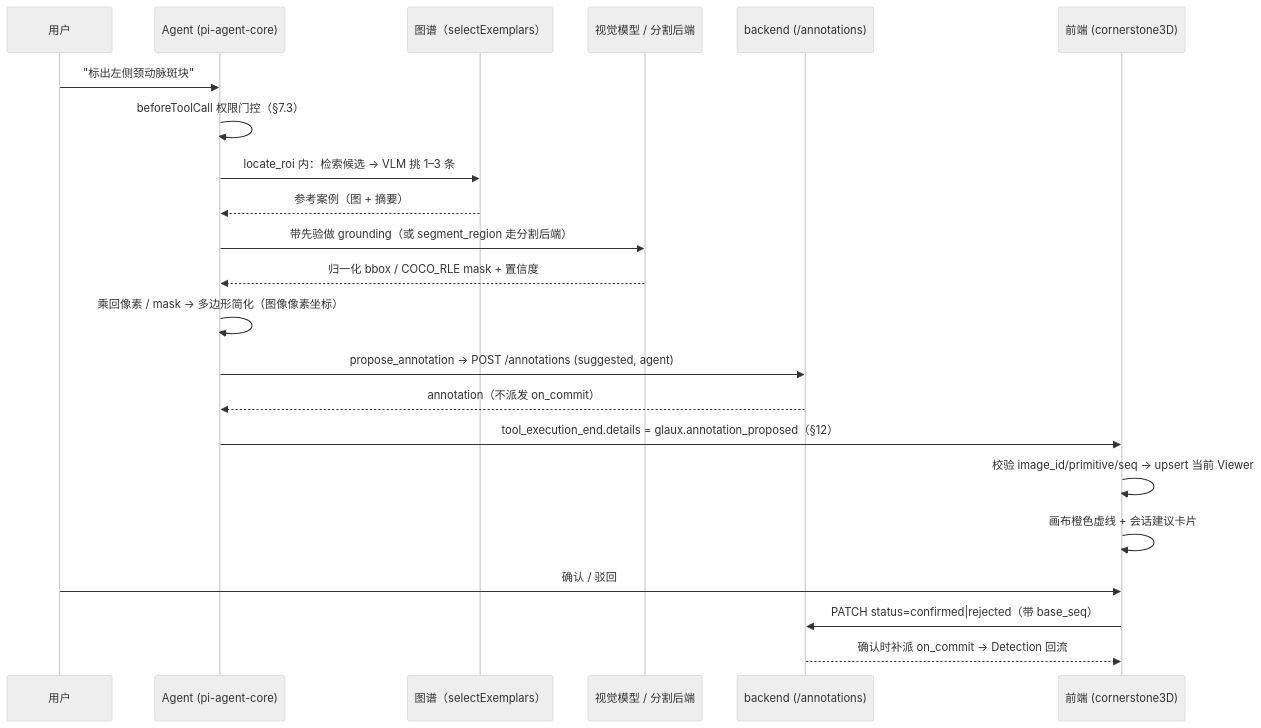
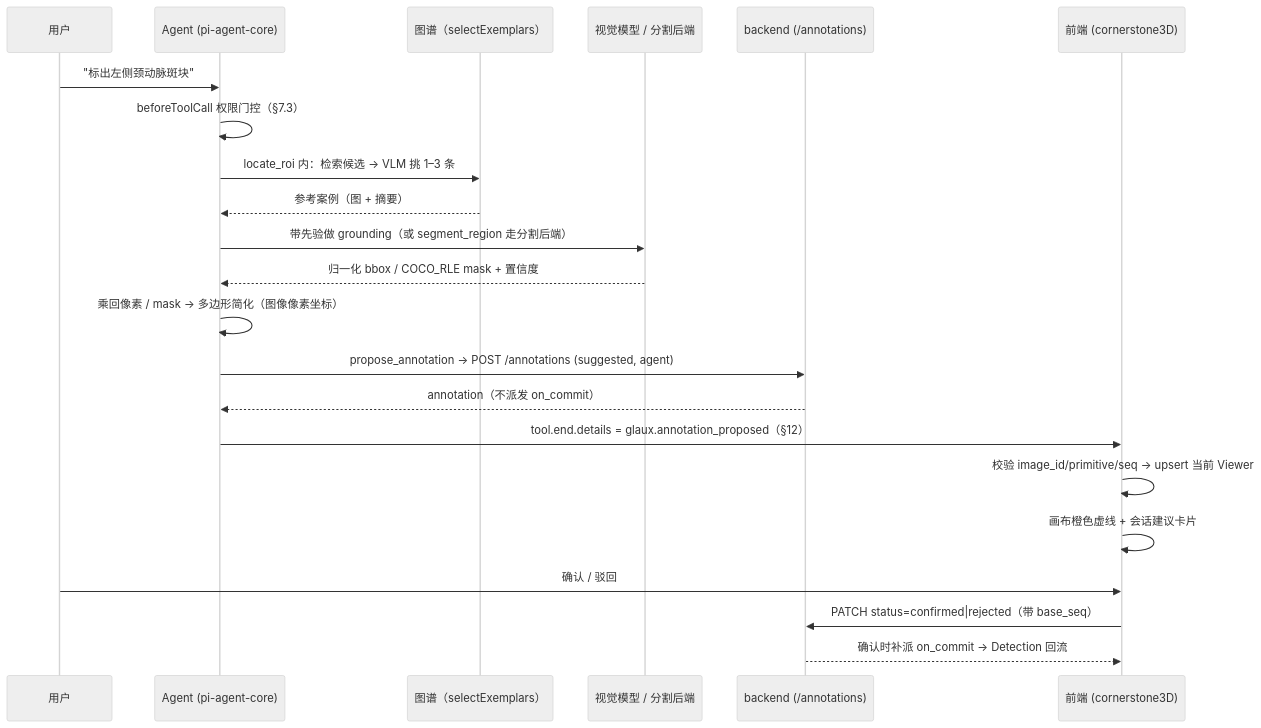
Before and after one commit to zhentai-sn/open-glaux: the first of 2 diagrams in docs/sdd/feats/02-agent-image-annotation/README.md, drawn with Mermaid (neutral theme). The commit also changed other lines of this file and 31 other files, not shown here.

````diff
--- a/docs/sdd/feats/02-agent-image-annotation/README.md
+++ b/docs/sdd/feats/02-agent-image-annotation/README.md
@@ -119,25 +119,25 @@
 ```mermaid
 sequenceDiagram
     participant U as 用户
     participant A as Agent (pi-agent-core)
     participant X as 图谱（selectExemplars）
     participant M as 视觉模型 / 分割后端
     participant B as backend (/annotations)
     participant F as 前端 (cornerstone3D)
 
     U->>A: "标出左侧颈动脉斑块"
     A->>A: beforeToolCall 权限门控（§7.3）
     A->>X: locate_roi 内：检索候选 → VLM 挑 1–3 条
     X-->>A: 参考案例（图 + 摘要）
     A->>M: 带先验做 grounding（或 segment_region 走分割后端）
     M-->>A: 归一化 bbox / COCO_RLE mask + 置信度
     A->>A: 乘回像素 / mask → 多边形简化（图像像素坐标）
     A->>B: propose_annotation → POST /annotations (suggested, agent)
     B-->>A: annotation（不派发 on_commit）
-    A->>F: tool_execution_end.details = glaux.annotation_proposed（§12）
+    A->>F: tool.end.details = glaux.annotation_proposed（§12）
     F->>F: 校验 image_id/primitive/seq → upsert 当前 Viewer
     F->>F: 画布橙色虚线 + 会话建议卡片
     U->>F: 确认 / 驳回
     F->>B: PATCH status=confirmed|rejected（带 base_seq）
     B-->>F: 确认时补派 on_commit → Detection 回流
 ```
````
